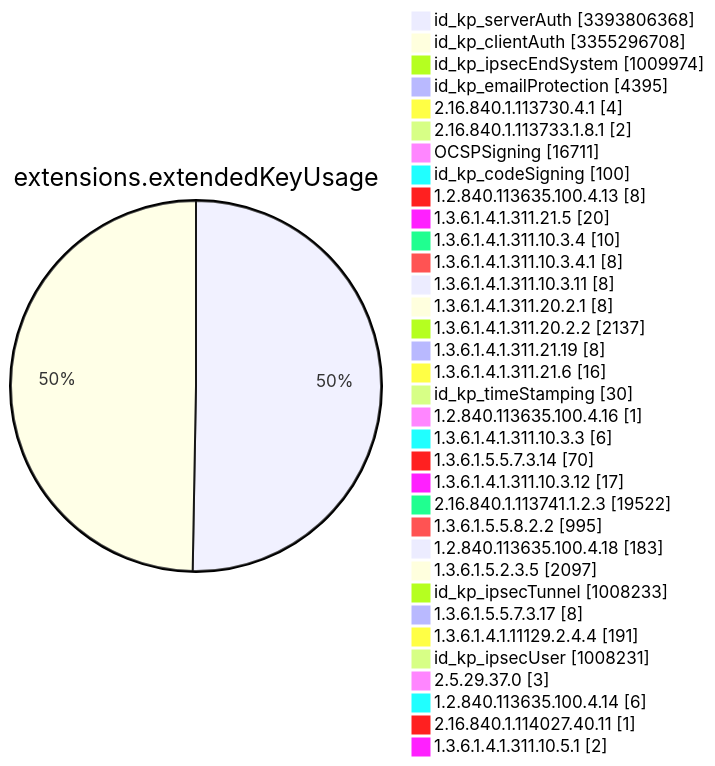
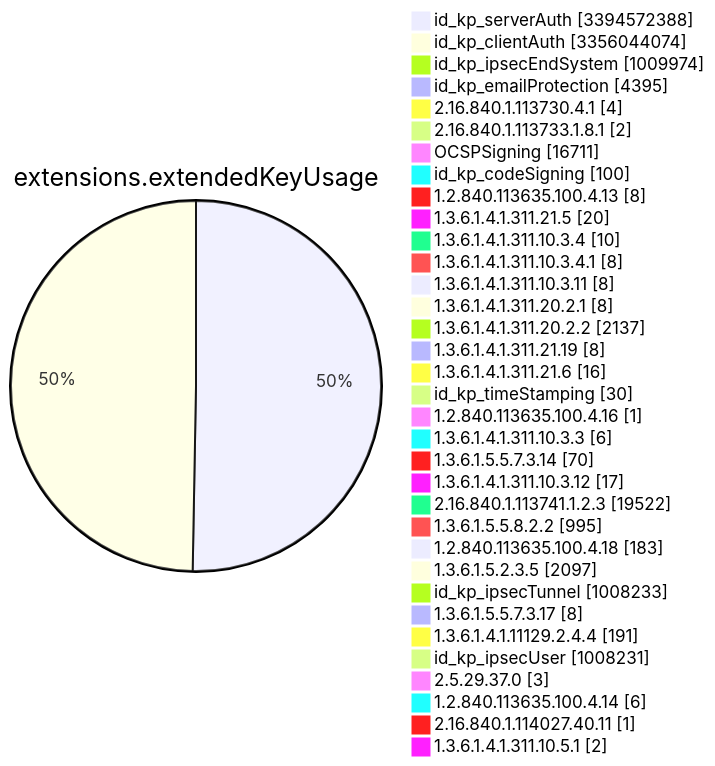
Before and after one commit to christiankrug/ctmonitor_visualization: diagram 11 of 15 in TOTAL/README.md, drawn with Mermaid. The commit also changed other lines of this file, not shown here.

````diff
--- a/TOTAL/README.md
+++ b/TOTAL/README.md
@@ -4121,38 +4121,38 @@
 ```mermaid
 pie showData
 title extensions.extendedKeyUsage
-"id_kp_serverAuth" :3393806368
-"id_kp_clientAuth" :3355296708
+"id_kp_serverAuth" :3394572388
+"id_kp_clientAuth" :3356044074
 "id_kp_ipsecEndSystem" :1009974
 "id_kp_emailProtection" :4395
 "2.16.840.1.113730.4.1" :4
 "2.16.840.1.113733.1.8.1" :2
 "OCSPSigning" :16711
 "id_kp_codeSigning" :100
 "1.2.840.113635.100.4.13" :8
 "1.3.6.1.4.1.311.21.5" :20
 "1.3.6.1.4.1.311.10.3.4" :10
 "1.3.6.1.4.1.311.10.3.4.1" :8
 "1.3.6.1.4.1.311.10.3.11" :8
 "1.3.6.1.4.1.311.20.2.1" :8
 "1.3.6.1.4.1.311.20.2.2" :2137
 "1.3.6.1.4.1.311.21.19" :8
 "1.3.6.1.4.1.311.21.6" :16
 "id_kp_timeStamping" :30
 "1.2.840.113635.100.4.16" :1
 "1.3.6.1.4.1.311.10.3.3" :6
 "1.3.6.1.5.5.7.3.14" :70
 "1.3.6.1.4.1.311.10.3.12" :17
 "2.16.840.1.113741.1.2.3" :19522
 "1.3.6.1.5.5.8.2.2" :995
 "1.2.840.113635.100.4.18" :183
 "1.3.6.1.5.2.3.5" :2097
 "id_kp_ipsecTunnel" :1008233
 "1.3.6.1.5.5.7.3.17" :8
 "1.3.6.1.4.1.11129.2.4.4" :191
 "id_kp_ipsecUser" :1008231
 "2.5.29.37.0" :3
 "1.2.840.113635.100.4.14" :6
 "2.16.840.1.114027.40.11" :1
 "1.3.6.1.4.1.311.10.5.1" :2
 ```
````
